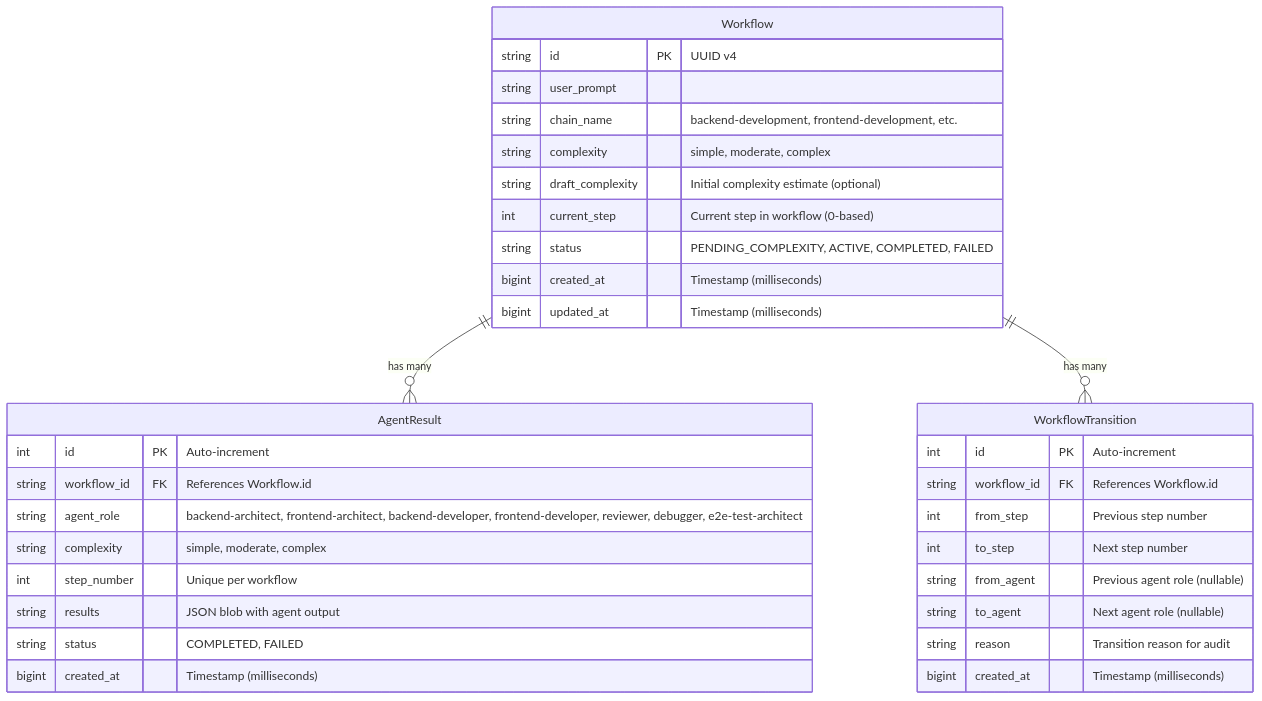
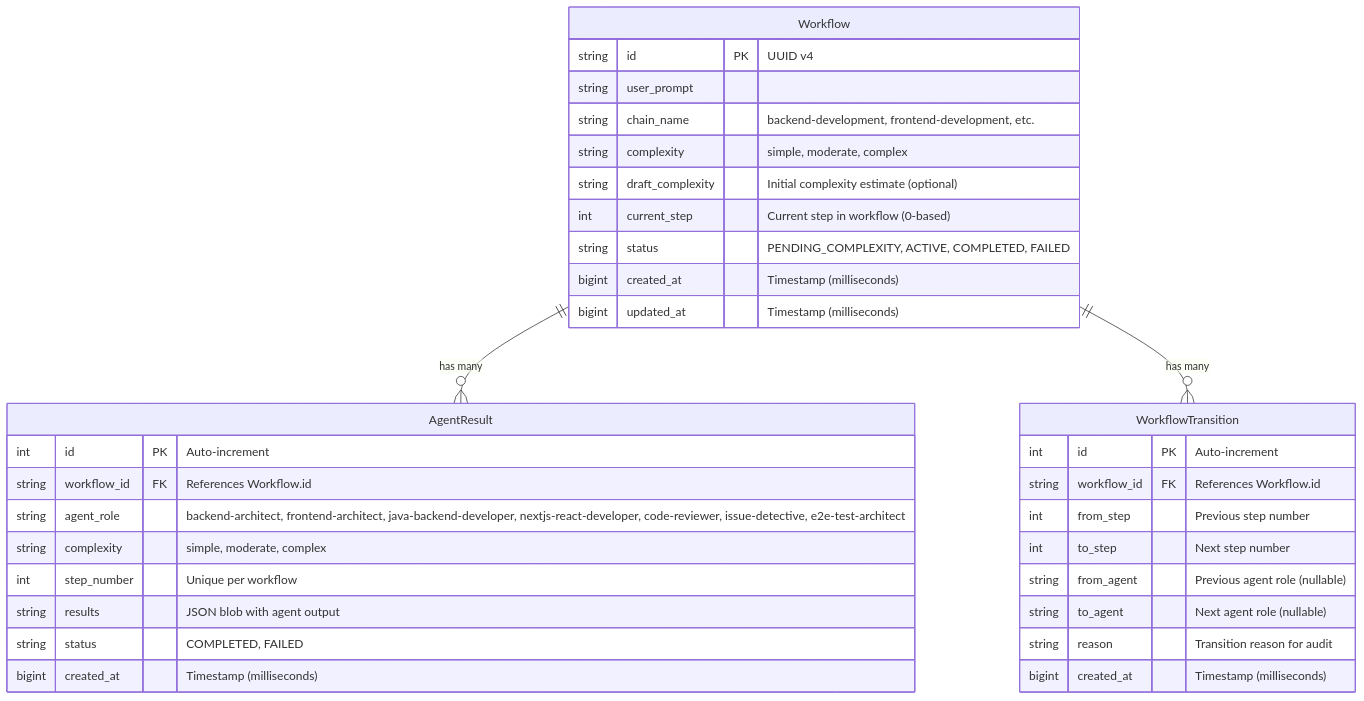
The diagram in docs/02-technical-database.md (drevispas/ccorch), drawn with Mermaid before and after one commit. The commit also changed other lines of this file and 21 other files, not shown here.

First line of the commit message:
fix(orchestrator): align agent role names with Claude Code agent types

````diff
--- a/docs/02-technical-database.md
+++ b/docs/02-technical-database.md
@@ -24,39 +24,39 @@
 ```mermaid
 erDiagram
     Workflow ||--o{ AgentResult : "has many"
     Workflow ||--o{ WorkflowTransition : "has many"
 
     Workflow {
         string id PK "UUID v4"
         string user_prompt
         string chain_name "backend-development, frontend-development, etc."
         string complexity "simple, moderate, complex"
         string draft_complexity "Initial complexity estimate (optional)"
         int current_step "Current step in workflow (0-based)"
         string status "PENDING_COMPLEXITY, ACTIVE, COMPLETED, FAILED"
         bigint created_at "Timestamp (milliseconds)"
         bigint updated_at "Timestamp (milliseconds)"
     }
 
     AgentResult {
         int id PK "Auto-increment"
         string workflow_id FK "References Workflow.id"
-        string agent_role "backend-architect, frontend-architect, backend-developer, frontend-developer, reviewer, debugger, e2e-test-architect"
+        string agent_role "backend-architect, frontend-architect, java-backend-developer, nextjs-react-developer, code-reviewer, issue-detective, e2e-test-architect"
         string complexity "simple, moderate, complex"
         int step_number "Unique per workflow"
         string results "JSON blob with agent output"
         string status "COMPLETED, FAILED"
         bigint created_at "Timestamp (milliseconds)"
     }
 
     WorkflowTransition {
         int id PK "Auto-increment"
         string workflow_id FK "References Workflow.id"
         int from_step "Previous step number"
         int to_step "Next step number"
         string from_agent "Previous agent role (nullable)"
         string to_agent "Next agent role (nullable)"
         string reason "Transition reason for audit"
         bigint created_at "Timestamp (milliseconds)"
     }
 ```
````
